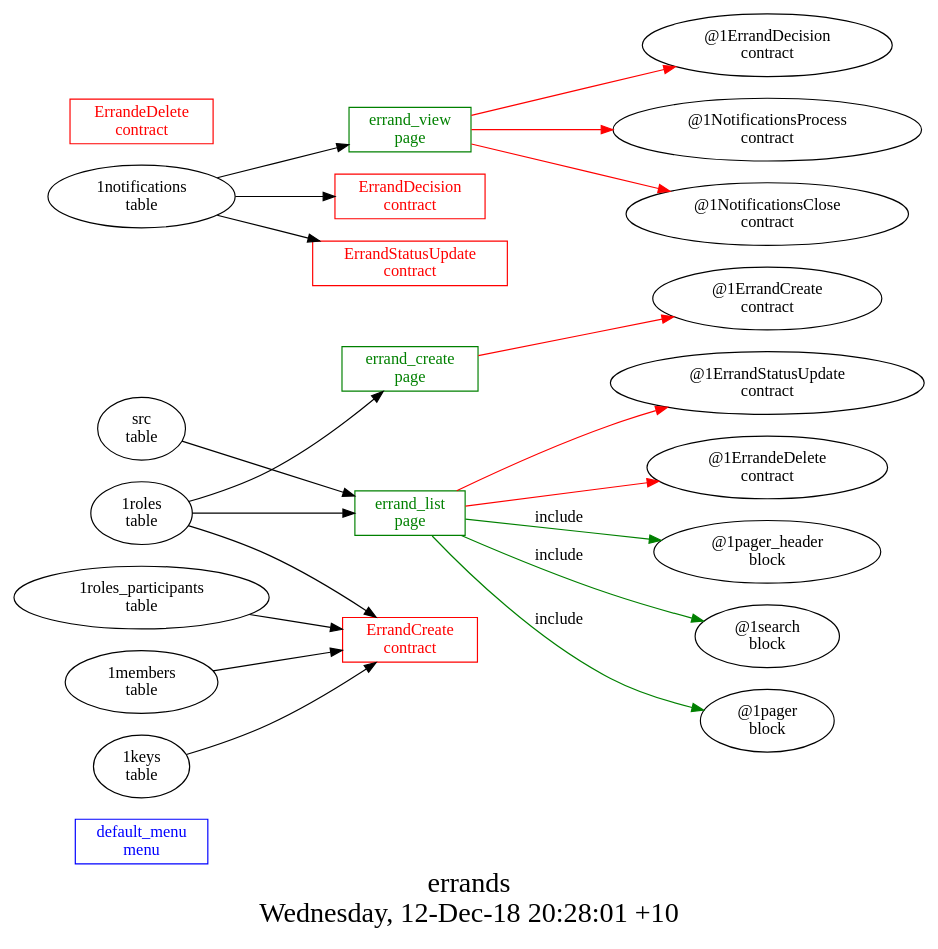
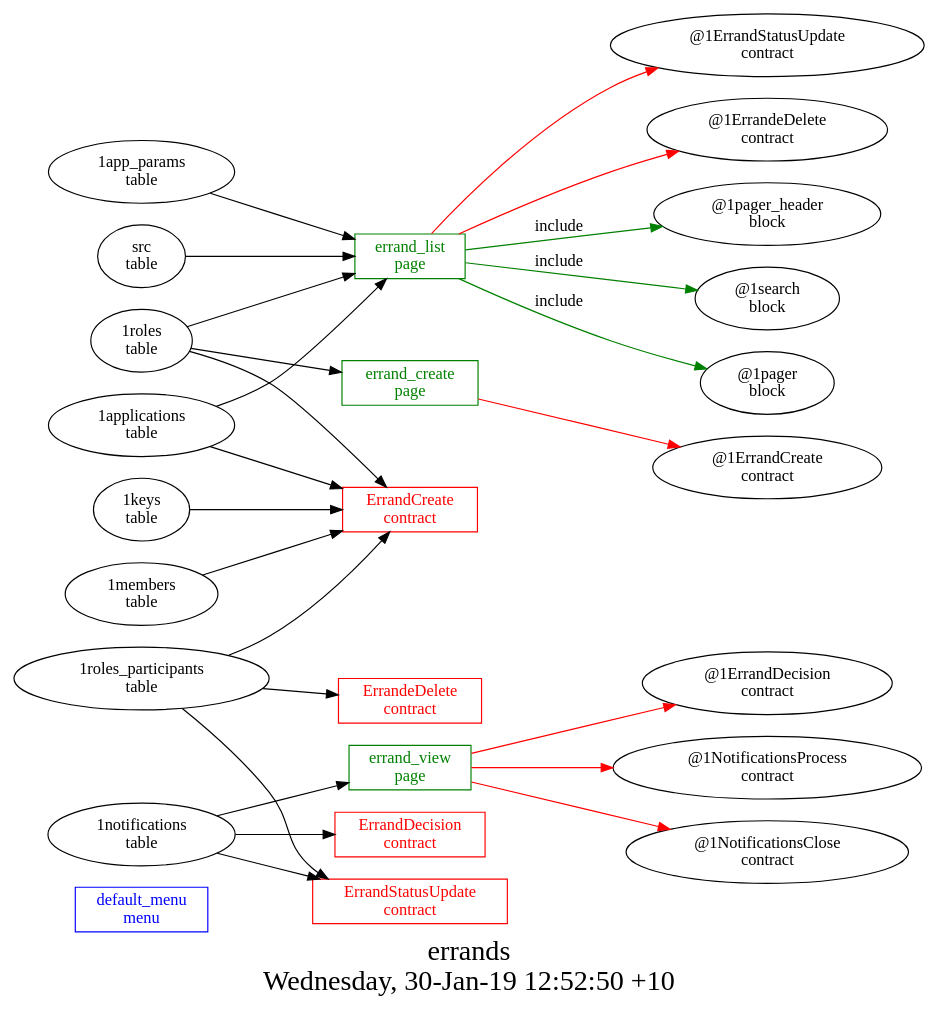
One commit to AplaProject/apps changed the diagram in platform_apps/errands/struct.dot. Above: the diagram before and after it, drawn with Graphviz. The commit also changed 15 other files, not shown here.

```diff
--- a/platform_apps/errands/struct.dot
+++ b/platform_apps/errands/struct.dot
@@ -1,35 +1,40 @@
 digraph G {
 fontsize="24";
-label="errands\nWednesday, 12-Dec-18 20:28:01 +10";
+label="errands\nWednesday, 30-Jan-19 12:52:50 +10";
 nojustify=true;
 ordering=out;
 rankdir=LR;
 size="30";
 "default_menu\nmenu" [color=blue, fontcolor=blue, group=menus, shape=record];
 "errand_create\npage" -> "@1ErrandCreate\ncontract"  [ color=red ]
 "1roles\ntable" -> "errand_create\npage"
 "errand_create\npage" [color=green, fontcolor=green, group=pages, shape=record];
 "errand_list\npage" -> "@1ErrandStatusUpdate\ncontract"  [ color=red ]
 "errand_list\npage" -> "@1ErrandeDelete\ncontract"  [ color=red ]
+"1applications\ntable" -> "errand_list\npage"
+"1app_params\ntable" -> "errand_list\npage"
 "src\ntable" -> "errand_list\npage"
 "1roles\ntable" -> "errand_list\npage"
 "errand_list\npage" -> "@1pager_header\nblock"  [ color=green, label=include ]
 "errand_list\npage" -> "@1search\nblock"  [ color=green, label=include ]
 "errand_list\npage" -> "@1pager\nblock"  [ color=green, label=include ]
 "errand_list\npage" [color=green, fontcolor=green, group=pages, shape=record];
 "errand_view\npage" -> "@1ErrandDecision\ncontract"  [ color=red ]
 "errand_view\npage" -> "@1NotificationsProcess\ncontract"  [ color=red ]
 "errand_view\npage" -> "@1NotificationsClose\ncontract"  [ color=red ]
 "1notifications\ntable" -> "errand_view\npage"
 "errand_view\npage" [color=green, fontcolor=green, group=pages, shape=record];
+"1applications\ntable" -> "ErrandCreate\ncontract"
 "1roles_participants\ntable" -> "ErrandCreate\ncontract"
 "1roles\ntable" -> "ErrandCreate\ncontract"
 "1members\ntable" -> "ErrandCreate\ncontract"
 "1keys\ntable" -> "ErrandCreate\ncontract"
 "ErrandCreate\ncontract" [color=red, fontcolor=red, group=contracts, shape=record];
 "1notifications\ntable" -> "ErrandDecision\ncontract"
 "ErrandDecision\ncontract" [color=red, fontcolor=red, group=contracts, shape=record];
+"1roles_participants\ntable" -> "ErrandStatusUpdate\ncontract"
 "1notifications\ntable" -> "ErrandStatusUpdate\ncontract"
 "ErrandStatusUpdate\ncontract" [color=red, fontcolor=red, group=contracts, shape=record];
+"1roles_participants\ntable" -> "ErrandeDelete\ncontract"
 "ErrandeDelete\ncontract" [color=red, fontcolor=red, group=contracts, shape=record];
 }
```
